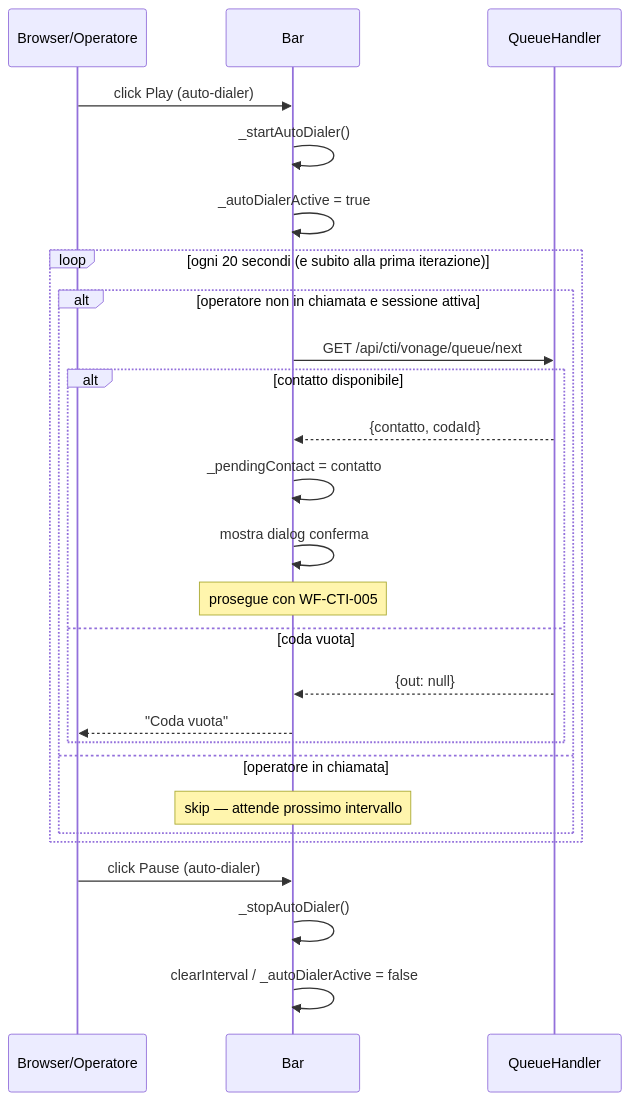
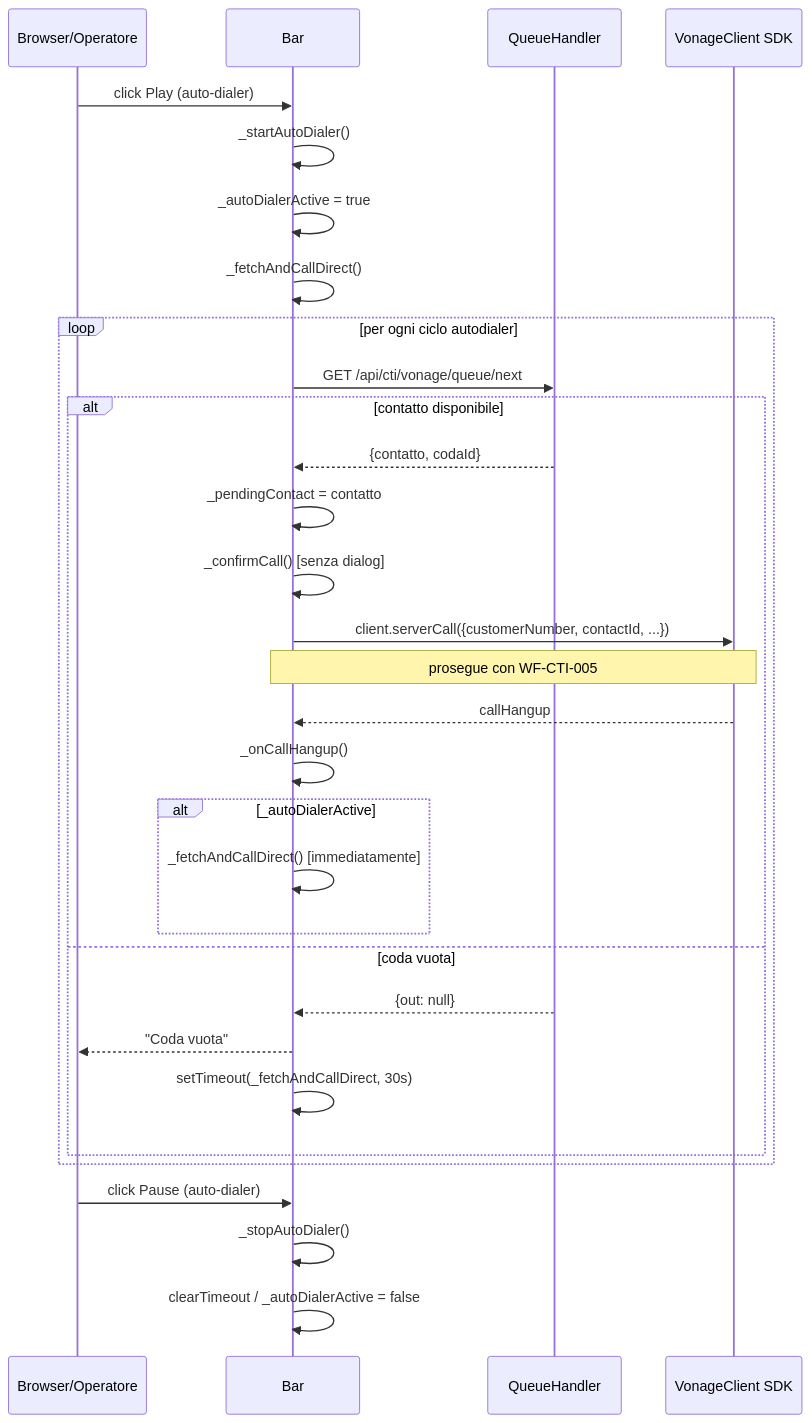
The diagram in module/cti/vonage/docs/core/wf_009_autodialer.md (riccardovacirca/jms), drawn with Mermaid before and after one commit. The commit also changed other lines of this file and 76 other files, not shown here.

````diff
--- a/module/cti/vonage/docs/core/wf_009_autodialer.md
+++ b/module/cti/vonage/docs/core/wf_009_autodialer.md
@@ -50,31 +51,36 @@
 ```mermaid
 sequenceDiagram
     participant Op as Browser/Operatore
     participant Bar as Bar
     participant Handler as QueueHandler
+    participant SDK as VonageClient SDK
 
     Op->>Bar: click Play (auto-dialer)
     Bar->>Bar: _startAutoDialer()
     Bar->>Bar: _autoDialerActive = true
+    Bar->>Bar: _fetchAndCallDirect()
 
-    loop ogni 20 secondi (e subito alla prima iterazione)
-        alt operatore non in chiamata e sessione attiva
-            Bar->>Handler: GET /api/cti/vonage/queue/next
-            alt contatto disponibile
-                Handler-->>Bar: {contatto, codaId}
-                Bar->>Bar: _pendingContact = contatto
-                Bar->>Bar: mostra dialog conferma
-                Note over Bar: prosegue con WF-CTI-005
-            else coda vuota
-                Handler-->>Bar: {out: null}
-                Bar-->>Op: "Coda vuota"
+    loop per ogni ciclo autodialer
+        Bar->>Handler: GET /api/cti/vonage/queue/next
+        alt contatto disponibile
+            Handler-->>Bar: {contatto, codaId}
+            Bar->>Bar: _pendingContact = contatto
+            Bar->>Bar: _confirmCall() [senza dialog]
+            Bar->>SDK: client.serverCall({customerNumber, contactId, ...})
+            Note over Bar,SDK: prosegue con WF-CTI-005
+            SDK-->>Bar: callHangup
+            Bar->>Bar: _onCallHangup()
+            alt _autoDialerActive
+                Bar->>Bar: _fetchAndCallDirect() [immediatamente]
             end
-        else operatore in chiamata
-            Note over Bar: skip — attende prossimo intervallo
+        else coda vuota
+            Handler-->>Bar: {out: null}
+            Bar-->>Op: "Coda vuota"
+            Bar->>Bar: setTimeout(_fetchAndCallDirect, 30s)
         end
     end
 
     Op->>Bar: click Pause (auto-dialer)
     Bar->>Bar: _stopAutoDialer()
-    Bar->>Bar: clearInterval / _autoDialerActive = false
+    Bar->>Bar: clearTimeout / _autoDialerActive = false
 ```
````
